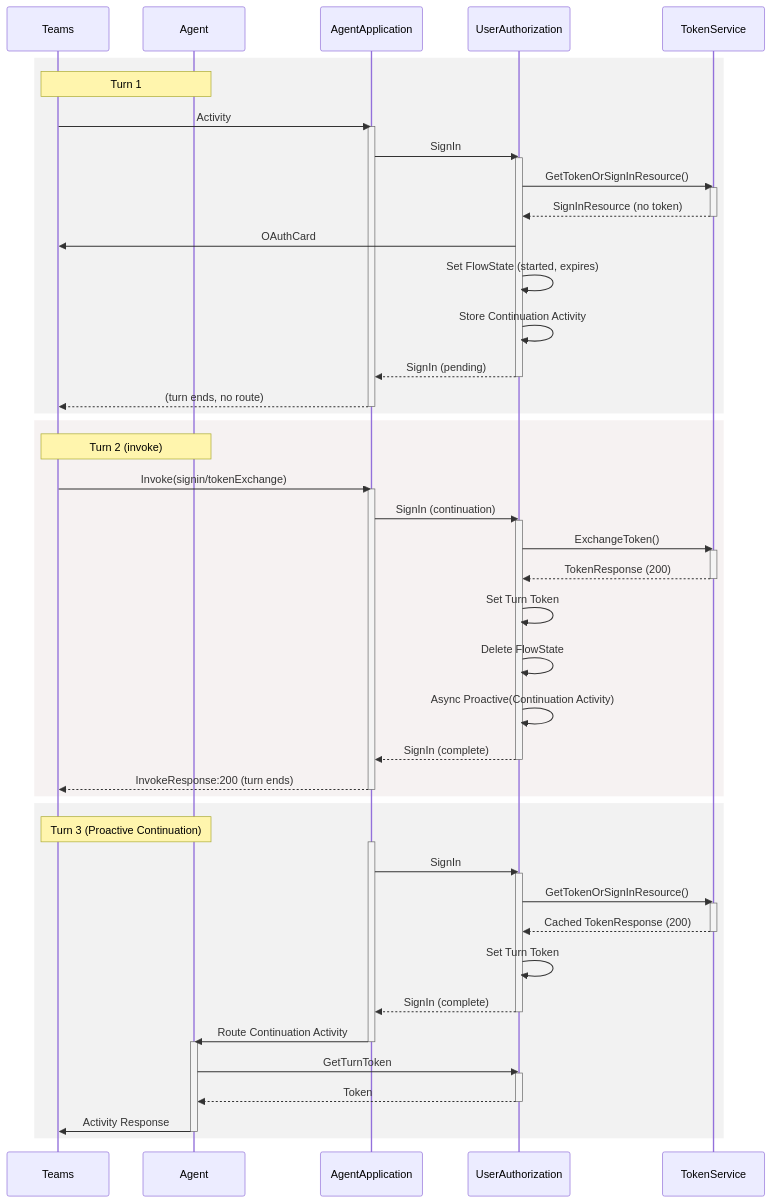
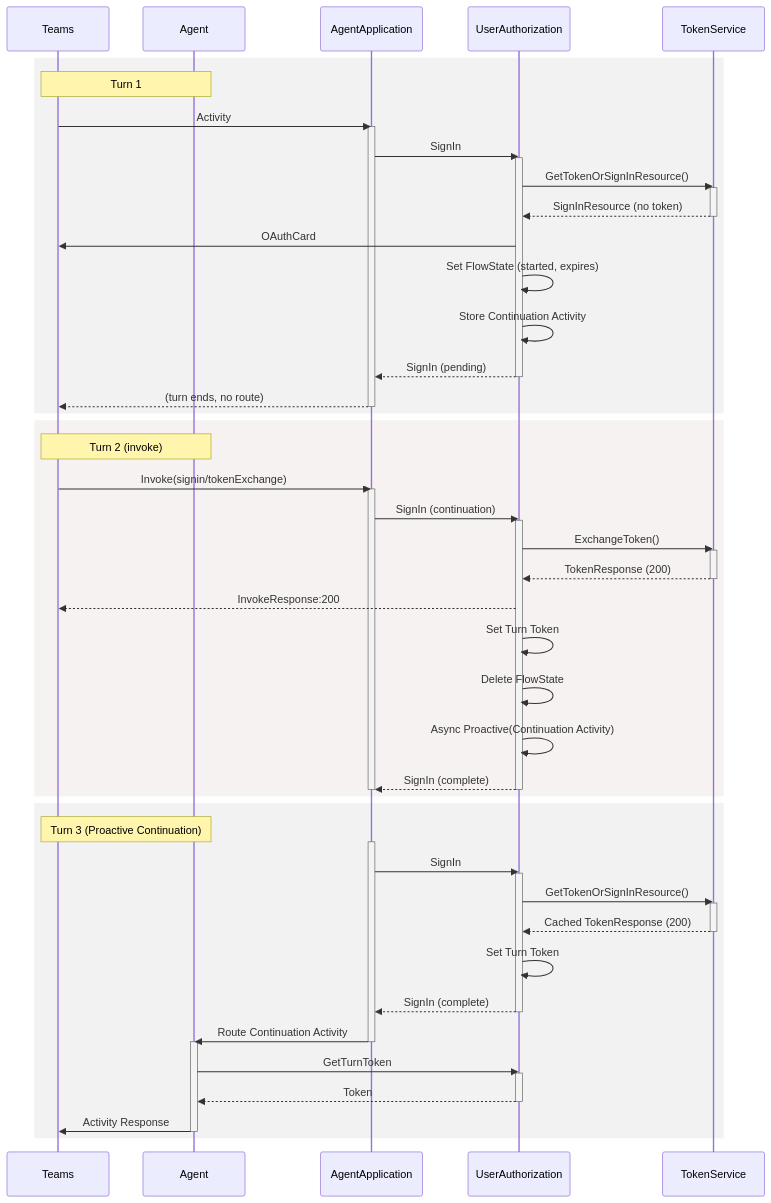
The second of 4 diagrams in docs/teams-sso-sequence-diagram.md (microsoft/Agents-for-net), drawn with Mermaid before and after one commit. The commit also changed other lines of this file, not shown here.

First line of the commit message:
docs: fix sequence diagram drift in teams-sso-sequence-diagram.md

````diff
--- a/docs/teams-sso-sequence-diagram.md
+++ b/docs/teams-sso-sequence-diagram.md
@@ -50,72 +50,72 @@
 ```mermaid
 sequenceDiagram
     participant Teams
     participant Agent
     participant AgentApplication
     participant UserAuthorization
     participant TokenService
 
     %% turn 1
     rect rgba(128, 128, 128, .1)
     Note over Teams,Agent: Turn 1
     Teams->>AgentApplication: Activity
     activate AgentApplication
     AgentApplication->>UserAuthorization: SignIn
     activate UserAuthorization
     UserAuthorization->>TokenService: GetTokenOrSignInResource()
     activate TokenService
     TokenService-->>UserAuthorization: SignInResource (no token)
     deactivate TokenService
     UserAuthorization->>Teams: OAuthCard
     UserAuthorization->>UserAuthorization: Set FlowState (started, expires)
     UserAuthorization->>UserAuthorization: Store Continuation Activity
     UserAuthorization-->>AgentApplication: SignIn (pending)
     deactivate UserAuthorization
     AgentApplication-->>Teams: (turn ends, no route)
     deactivate AgentApplication
     end
 
     %% turn 2
     rect rgba(170, 128, 128, .1)
     Note over Teams, Agent: Turn 2 (invoke)
     Teams->>AgentApplication: Invoke(signin/tokenExchange)
     activate AgentApplication
     AgentApplication->>UserAuthorization: SignIn (continuation)
     activate UserAuthorization
     UserAuthorization->>TokenService: ExchangeToken()
     activate TokenService
     TokenService-->>UserAuthorization: TokenResponse (200)
     deactivate TokenService
+    UserAuthorization-->>Teams: InvokeResponse:200
     UserAuthorization->>UserAuthorization: Set Turn Token
     UserAuthorization->>UserAuthorization: Delete FlowState
     UserAuthorization->>UserAuthorization: Async Proactive(Continuation Activity)
     UserAuthorization-->>AgentApplication: SignIn (complete)
     deactivate UserAuthorization
-    AgentApplication-->>Teams: InvokeResponse:200 (turn ends)
     deactivate AgentApplication
     end
 
     %% turn 3
     rect rgba(128, 128, 128, .1)
     Note over Agent,Teams: Turn 3 (Proactive Continuation)
     activate AgentApplication
     AgentApplication->>UserAuthorization: SignIn
     activate UserAuthorization
     UserAuthorization->>TokenService: GetTokenOrSignInResource()
     activate TokenService
     TokenService-->>UserAuthorization: Cached TokenResponse (200)
     deactivate TokenService
     UserAuthorization->>UserAuthorization: Set Turn Token
     UserAuthorization-->>AgentApplication: SignIn (complete)
     deactivate UserAuthorization
     AgentApplication->>Agent: Route Continuation Activity
     deactivate AgentApplication
     activate Agent
     Agent->>UserAuthorization: GetTurnToken
     activate UserAuthorization
     UserAuthorization-->>Agent: Token
     deactivate UserAuthorization
     Agent->>Teams: Activity Response
     deactivate Agent
     end
 ```
````
